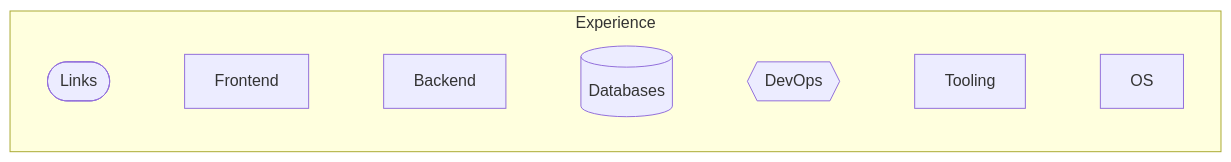
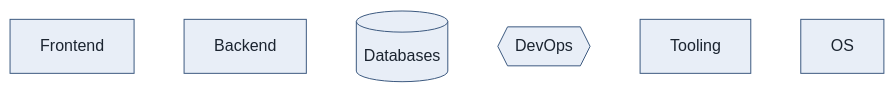
One commit to cooperability/cooperability changed the diagram in README.md. Above: the diagram before and after it, drawn with Mermaid. The commit also changed other lines of this file, not shown here.

Commit message:
docs: tighten glance row for GitHub width and dark theme
Drop Links and the subgraph title so the six skill groups fit the README column. Pale node fills keep labels readable on GitHub dark.

````diff
--- a/README.md
+++ b/README.md
@@ -62,7 +62,5 @@
 ```mermaid
 flowchart LR
-  subgraph skills ["Experience"]
-    direction LR
-    links(["Links"]) ~~~ fe["Frontend"] ~~~ be["Backend"] ~~~ db[("Databases")] ~~~ ops{{"DevOps"}} ~~~ tools["Tooling"] ~~~ os["OS"]
-  end
+  classDef kind fill:#e8eef7,stroke:#3d5a80,color:#1b2430
+  fe["Frontend"]:::kind ~~~ be["Backend"]:::kind ~~~ db[("Databases")]:::kind ~~~ ops{{"DevOps"}}:::kind ~~~ tools["Tooling"]:::kind ~~~ os["OS"]:::kind
 ```
````
